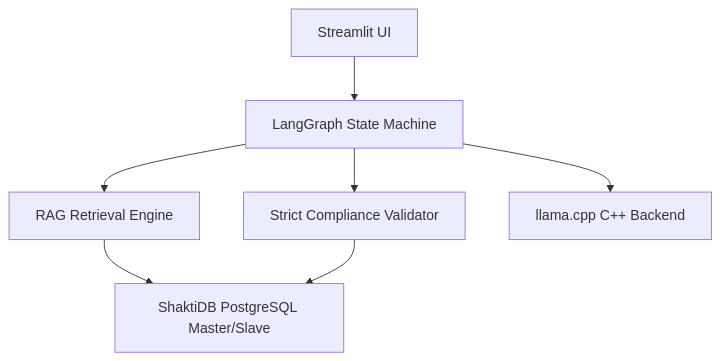
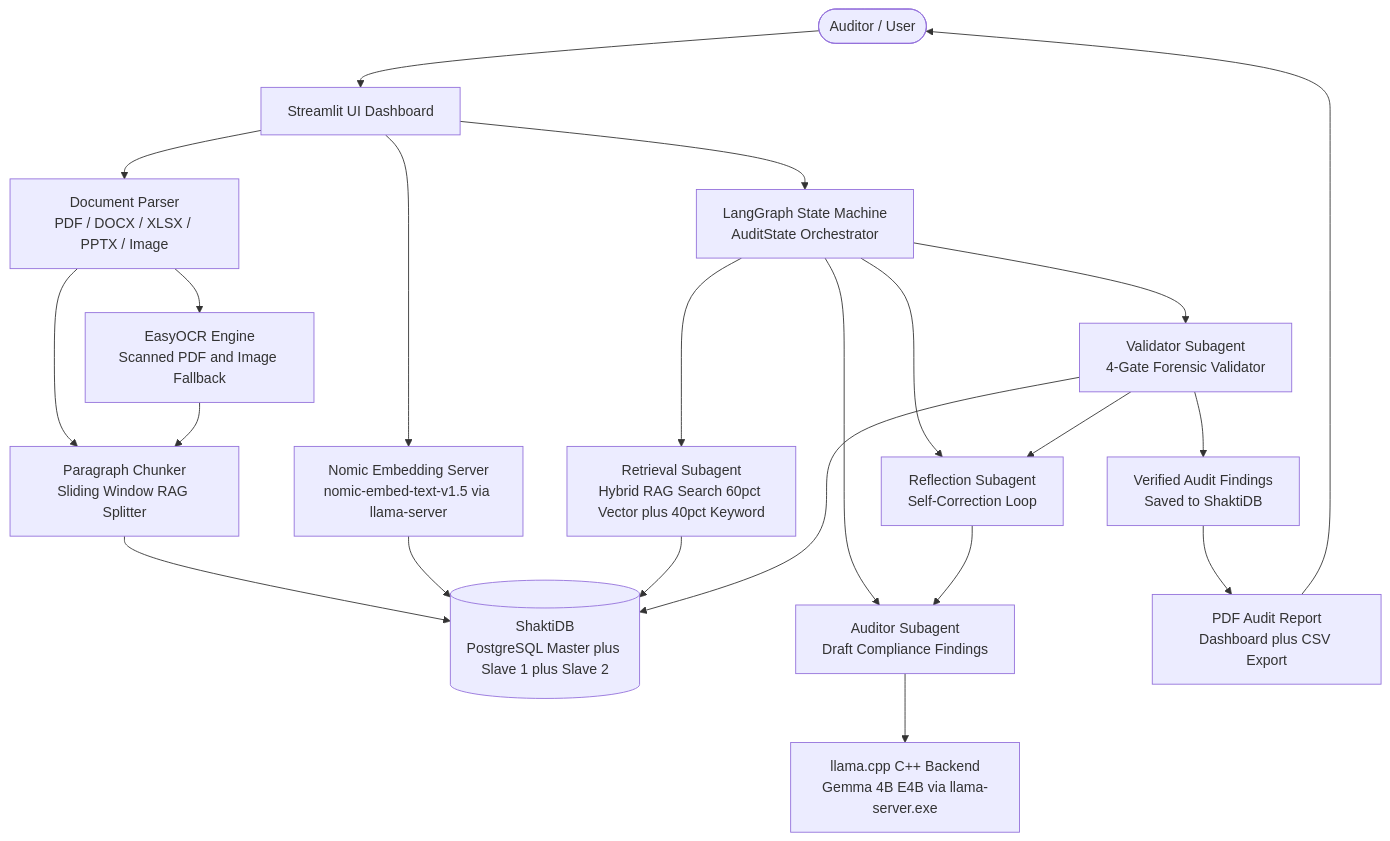
The first of 4 diagrams in FULL_PROJECT_EVALUATION.md (veeresh8088-star/Audit_Stp_Box), drawn with Mermaid before and after one commit. The commit also changed other lines of this file and 6 other files, not shown here.

Commit message:
feat: implement dual-layer zero-LLM scoping, validator domains gating, and launcher configuration adjustments

````diff
--- a/FULL_PROJECT_EVALUATION.md
+++ b/FULL_PROJECT_EVALUATION.md
@@ -20,9 +20,37 @@
 ```mermaid
 graph TD
-    A[Streamlit UI] --> B[LangGraph State Machine]
-    B --> C[RAG Retrieval Engine]
-    B --> D[Strict Compliance Validator]
-    B --> E[llama.cpp C++ Backend]
-    C --> F[ShaktiDB PostgreSQL Master/Slave]
-    D --> F
+    Auditor([Auditor / User]) --> UI[Streamlit UI Dashboard]
+    UI --> DocParser[Document Parser
+PDF / DOCX / XLSX / PPTX / Image]
+    DocParser --> OCR[EasyOCR Engine
+Scanned PDF and Image Fallback]
+    DocParser --> Chunker[Paragraph Chunker
+Sliding Window RAG Splitter]
+    OCR --> Chunker
+    Chunker --> ShaktiDB[(ShaktiDB
+PostgreSQL Master plus Slave 1 plus Slave 2)]
+    UI --> Embedding[Nomic Embedding Server
+nomic-embed-text-v1.5 via llama-server]
+    Embedding --> ShaktiDB
+    UI --> LangGraph[LangGraph State Machine
+AuditState Orchestrator]
+    LangGraph --> RetrieveAgent[Retrieval Subagent
+Hybrid RAG Search 60pct Vector plus 40pct Keyword]
+    RetrieveAgent --> ShaktiDB
+    LangGraph --> AuditorAgent[Auditor Subagent
+Draft Compliance Findings]
+    AuditorAgent --> LLM[llama.cpp C++ Backend
+Gemma 4B E4B via llama-server.exe]
+    LangGraph --> ValidatorAgent[Validator Subagent
+4-Gate Forensic Validator]
+    ValidatorAgent --> ShaktiDB
+    LangGraph --> ReflectAgent[Reflection Subagent
+Self-Correction Loop]
+    ValidatorAgent --> ReflectAgent
+    ReflectAgent --> AuditorAgent
+    ValidatorAgent --> Results[Verified Audit Findings
+Saved to ShaktiDB]
+    Results --> Report[PDF Audit Report
+Dashboard plus CSV Export]
+    Report --> Auditor
 ```
````
